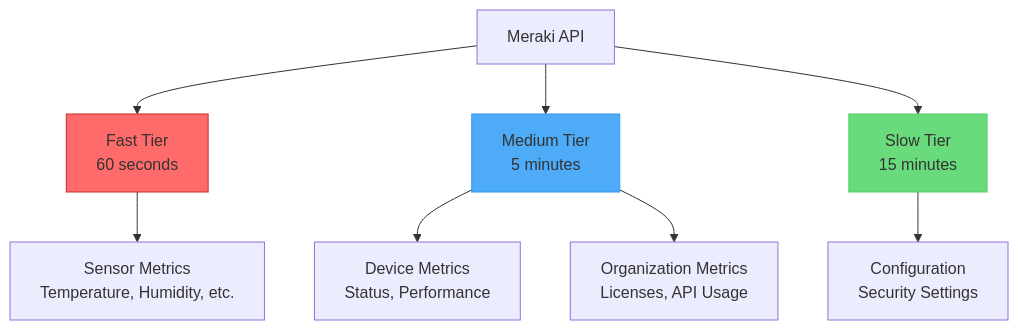
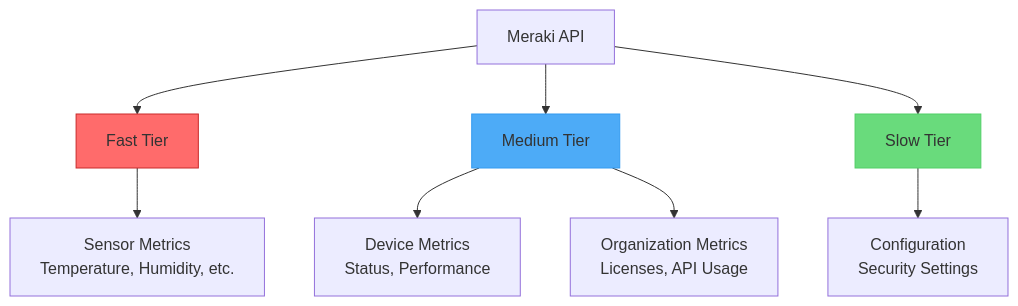
One commit to rknightion/meraki-dashboard-exporter changed the diagram in docs/metrics/overview.md. Above: the diagram before and after it, drawn with Mermaid. The commit also changed other lines of this file and 1 other file, not shown here.

````diff
--- a/docs/metrics/overview.md
+++ b/docs/metrics/overview.md
@@ -19,15 +19,15 @@
 ```mermaid
 graph TD
-    A[Meraki API] --> B[Fast Tier<br/>60 seconds]
-    A --> C[Medium Tier<br/>5 minutes]
-    A --> D[Slow Tier<br/>15 minutes]
+    A[Meraki API] --> B[Fast Tier]
+    A --> C[Medium Tier]
+    A --> D[Slow Tier]
 
     B --> E[Sensor Metrics<br/>Temperature, Humidity, etc.]
     C --> F[Device Metrics<br/>Status, Performance]
     C --> G[Organization Metrics<br/>Licenses, API Usage]
     D --> H[Configuration<br/>Security Settings]
 
     style B fill:#ff6b6b,stroke:#c92a2a
     style C fill:#4dabf7,stroke:#339af0
     style D fill:#69db7c,stroke:#51cf66
 ```
````
